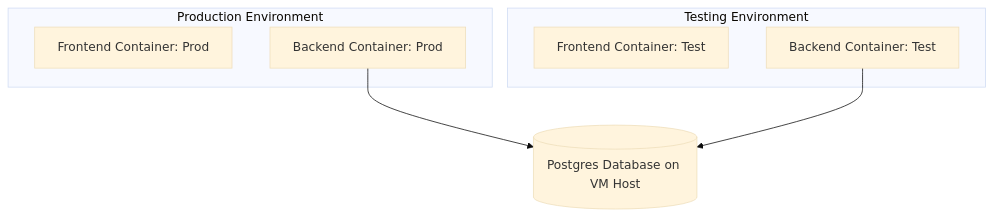
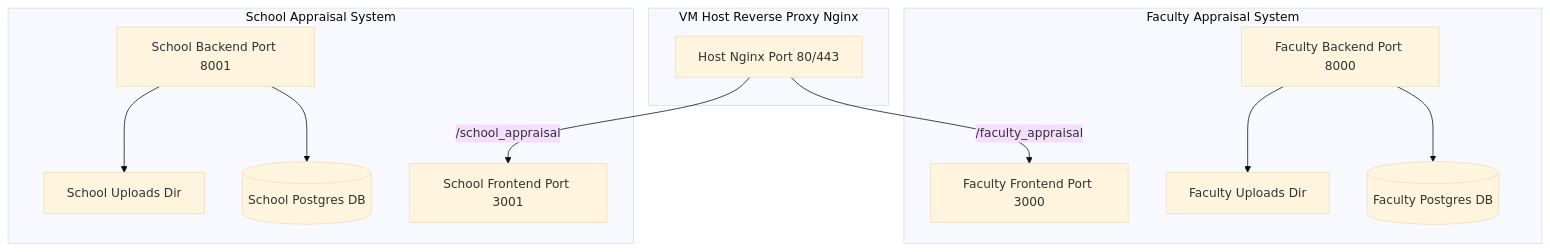
Before and after one commit to MasterSinha/Faculty_appraisal: the diagram in Docs/LOCAL_VM_DEPLOYMENT_CONTEXT.md, drawn with Mermaid (base theme). The commit also changed other lines of this file and 3 other files, not shown here.

````diff
--- a/Docs/LOCAL_VM_DEPLOYMENT_CONTEXT.md
+++ b/Docs/LOCAL_VM_DEPLOYMENT_CONTEXT.md
@@ -21,16 +28,27 @@
 ```mermaid
 graph TD
-    subgraph Production Environment
-        frontend_prod[Frontend Container: Prod]
-        backend_prod[Backend Container: Prod]
+    subgraph VM Host Reverse Proxy Nginx
+        nginx[Host Nginx Port 80/443]
     end
-    subgraph Testing Environment
-        frontend_test[Frontend Container: Test]
-        backend_test[Backend Container: Test]
+
+    subgraph Faculty Appraisal System
+        frontend_fac[Faculty Frontend Port 3000]
+        backend_fac[Faculty Backend Port 8000]
+        db_fac[(Faculty Postgres DB)]
+        uploads_fac[Faculty Uploads Dir]
     end
-    
-    postgres_host[(Postgres Database on VM Host)]
-    
-    backend_prod --> postgres_host
-    backend_test --> postgres_host
+
+    subgraph School Appraisal System
+        frontend_sch[School Frontend Port 3001]
+        backend_sch[School Backend Port 8001]
+        db_sch[(School Postgres DB)]
+        uploads_sch[School Uploads Dir]
+    end
+
+    nginx -->|/faculty_appraisal| frontend_fac
+    nginx -->|/school_appraisal| frontend_sch
+    backend_fac --> db_fac
+    backend_fac --> uploads_fac
+    backend_sch --> db_sch
+    backend_sch --> uploads_sch
 ```
````
